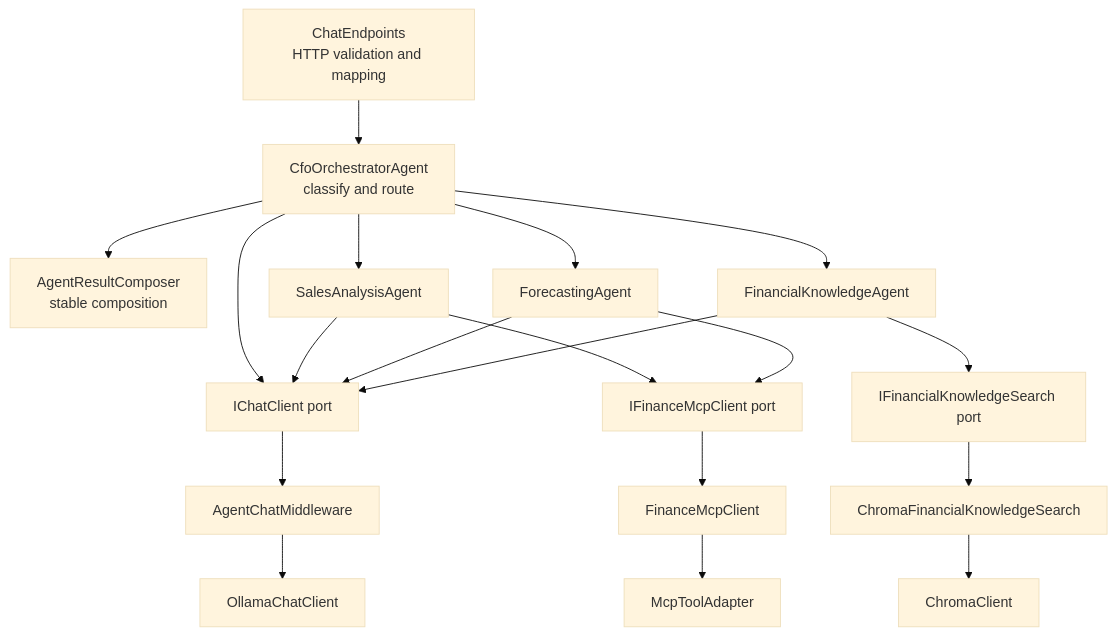
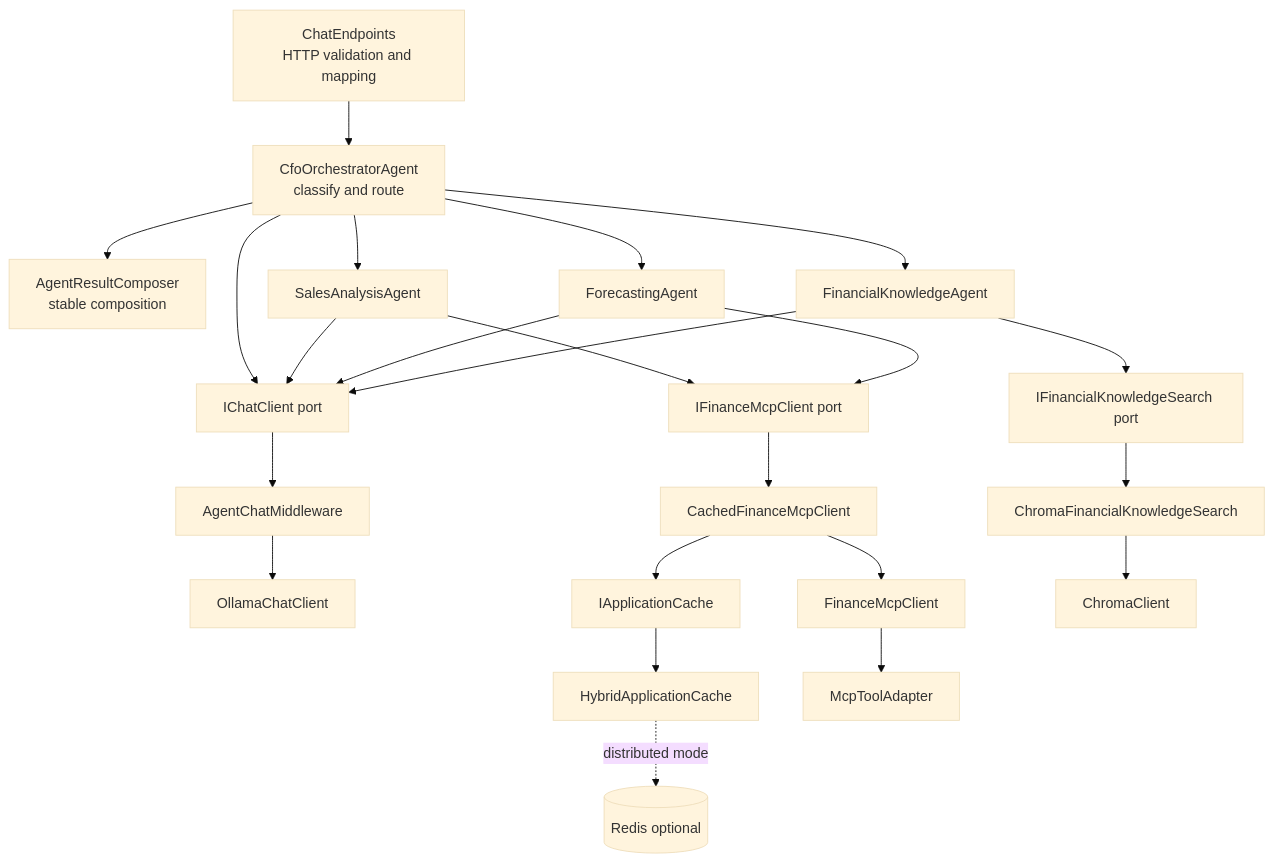
The third of 14 diagrams in APPLICATION_ARCHITECTURE.md (prabodharandima/ai_agent_cfo), drawn with Mermaid (base theme) before and after one commit. The commit also changed other lines of this file and 22 other files, not shown here.

````diff
--- a/APPLICATION_ARCHITECTURE.md
+++ b/APPLICATION_ARCHITECTURE.md
@@ -167,40 +169,47 @@
 ```mermaid
 flowchart TB
     Endpoint["ChatEndpoints<br/>HTTP validation and mapping"]
     Orchestrator["CfoOrchestratorAgent<br/>classify and route"]
     Composer["AgentResultComposer<br/>stable composition"]
 
     Sales[SalesAnalysisAgent]
     Forecast[ForecastingAgent]
     Knowledge[FinancialKnowledgeAgent]
 
     ChatPort[IChatClient port]
     FinancePort[IFinanceMcpClient port]
     VectorPort[IFinancialKnowledgeSearch port]
 
     ChatMiddleware[AgentChatMiddleware]
     Ollama[OllamaChatClient]
     FinanceClient[FinanceMcpClient]
+    FinanceCache[CachedFinanceMcpClient]
+    AppCache[IApplicationCache]
+    HybridCache[HybridApplicationCache]
+    Redis[(Redis optional)]
     McpAdapter[McpToolAdapter]
     ChromaAdapter[ChromaFinancialKnowledgeSearch]
     ChromaClient[ChromaClient]
 
     Endpoint --> Orchestrator
     Orchestrator --> Sales
     Orchestrator --> Forecast
     Orchestrator --> Knowledge
     Orchestrator --> Composer
 
     Orchestrator --> ChatPort
     Sales --> ChatPort
     Forecast --> ChatPort
     Knowledge --> ChatPort
 
     Sales --> FinancePort
     Forecast --> FinancePort
     Knowledge --> VectorPort
 
     ChatPort --> ChatMiddleware --> Ollama
-    FinancePort --> FinanceClient --> McpAdapter
+    FinancePort --> FinanceCache
+    FinanceCache --> AppCache --> HybridCache
+    HybridCache -. distributed mode .-> Redis
+    FinanceCache --> FinanceClient --> McpAdapter
     VectorPort --> ChromaAdapter --> ChromaClient
 ```
````
